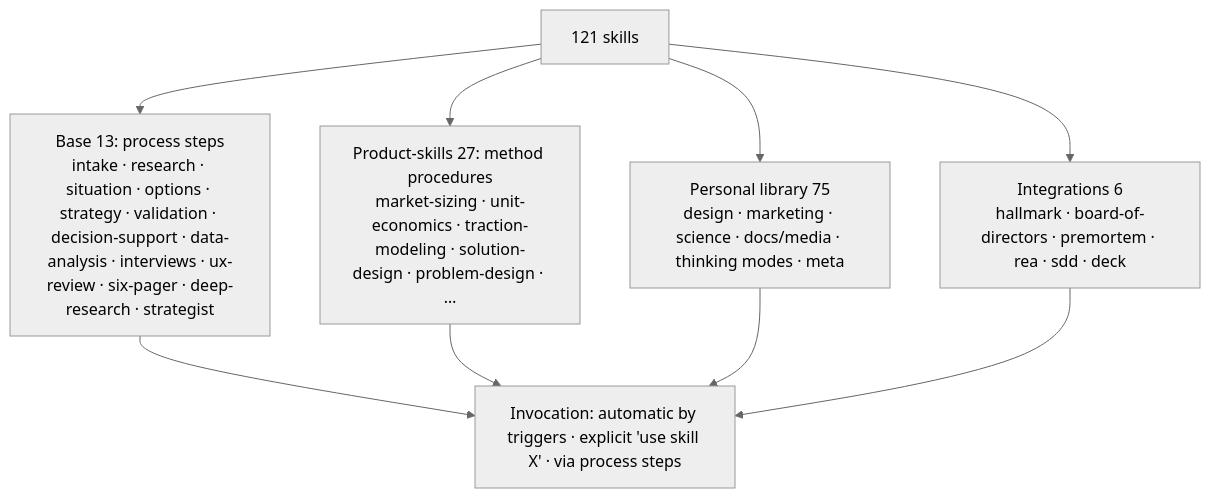
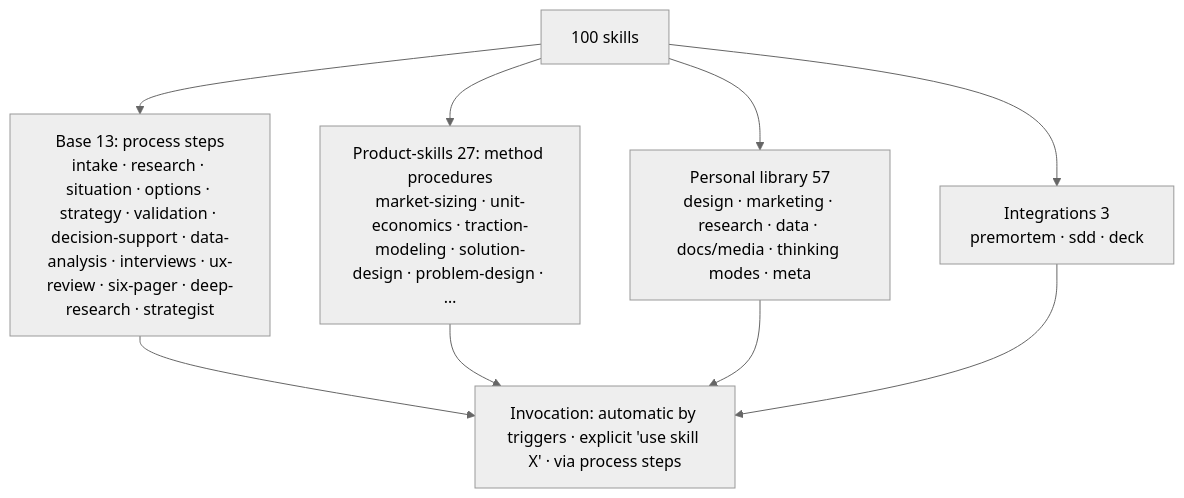
Before and after one commit to Fighter90/product-factory-strategist: the third of 4 diagrams in README_EN.md, drawn with Mermaid (neutral theme). The commit also changed other lines of this file and 346 other files, not shown here.

````diff
--- a/README_EN.md
+++ b/README_EN.md
@@ -156,8 +156,8 @@
 ```mermaid
 flowchart TB
-  SK["121 skills"] --> B["Base 13: process steps<br/>intake · research · situation · options · strategy · validation · decision-support · data-analysis · interviews · ux-review · six-pager · deep-research · strategist"]
+  SK["100 skills"] --> B["Base 13: process steps<br/>intake · research · situation · options · strategy · validation · decision-support · data-analysis · interviews · ux-review · six-pager · deep-research · strategist"]
   SK --> P["Product-skills 27: method procedures<br/>market-sizing · unit-economics · traction-modeling · solution-design · problem-design · …"]
-  SK --> L["Personal library 75<br/>design · marketing · science · docs/media · thinking modes · meta"]
-  SK --> INT["Integrations 6<br/>hallmark · board-of-directors · premortem · rea · sdd · deck"]
+  SK --> L["Personal library 57<br/>design · marketing · research · data · docs/media · thinking modes · meta"]
+  SK --> INT["Integrations 3<br/>premortem · sdd · deck"]
   B & P & L & INT --> INV["Invocation: automatic by triggers · explicit 'use skill X' · via process steps"]
 ```
````
